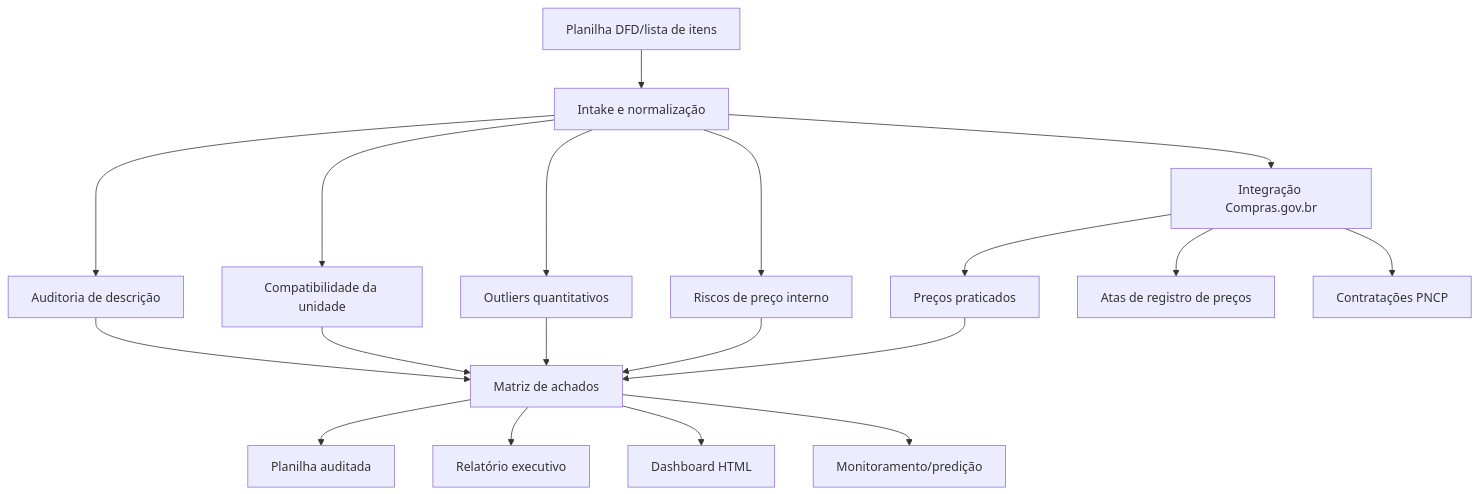
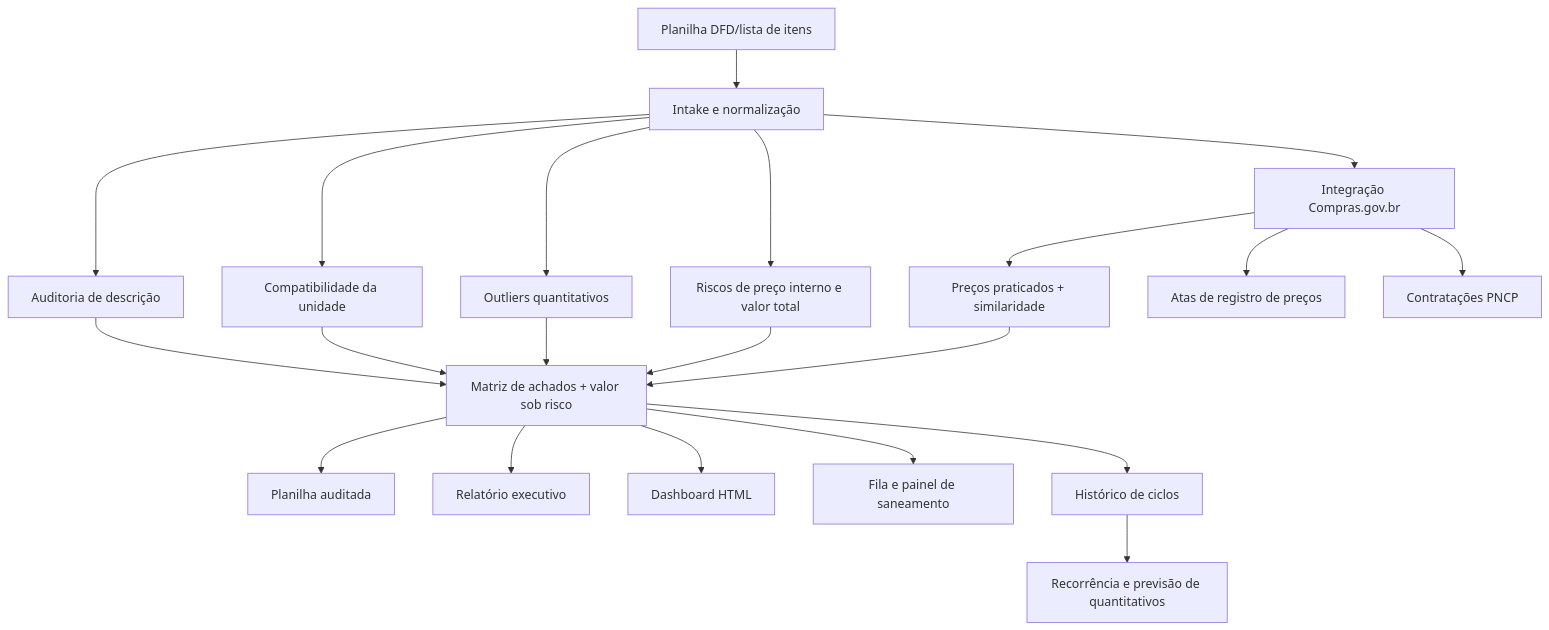
Before and after one commit to marciobisognin/Squads-Genius: the diagram in IFFar-Squads/farol-contratos-licitacoes-iffar/README.md, drawn with Mermaid. The commit also changed other lines of this file and 25 other files, not shown here.

````diff
--- a/IFFar-Squads/farol-contratos-licitacoes-iffar/README.md
+++ b/IFFar-Squads/farol-contratos-licitacoes-iffar/README.md
@@ -44,21 +46,23 @@
 ```mermaid
 flowchart TD
   A[Planilha DFD/lista de itens] --> B[Intake e normalização]
   B --> C[Auditoria de descrição]
   B --> D[Compatibilidade da unidade]
   B --> E[Outliers quantitativos]
-  B --> F[Riscos de preço interno]
+  B --> F[Riscos de preço interno e valor total]
   B --> G[Integração Compras.gov.br]
-  G --> G1[Preços praticados]
+  G --> G1[Preços praticados + similaridade]
   G --> G2[Atas de registro de preços]
   G --> G3[Contratações PNCP]
-  C --> H[Matriz de achados]
+  C --> H[Matriz de achados + valor sob risco]
   D --> H
   E --> H
   F --> H
   G1 --> H
   H --> I[Planilha auditada]
   H --> J[Relatório executivo]
   H --> K[Dashboard HTML]
-  H --> L[Monitoramento/predição]
+  H --> L[Fila e painel de saneamento]
+  H --> M[Histórico de ciclos]
+  M --> N[Recorrência e previsão de quantitativos]
 ```
````
